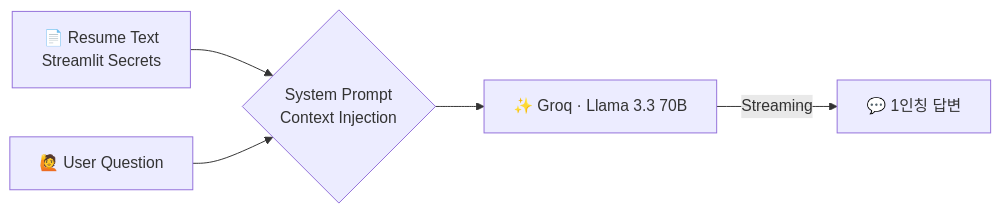
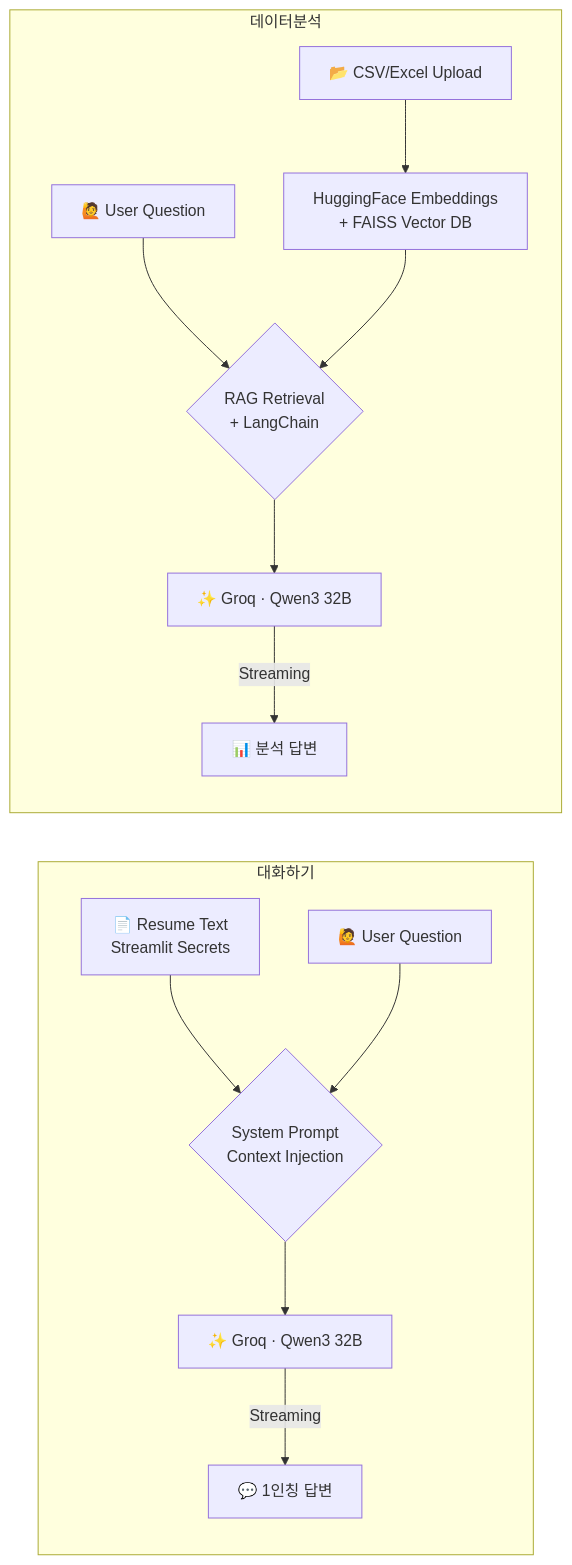
Before and after one commit to jisangfolio/jisangfolio: the diagram in README.md, drawn with Mermaid. The commit also changed other lines of this file and 1 other file, not shown here.

Commit message:
update model and diagram

````diff
--- a/README.md
+++ b/README.md
@@ -39,7 +45,17 @@
 ```mermaid
 graph LR
-    A[📄 Resume Text\nStreamlit Secrets] --> B{System Prompt\nContext Injection}
-    C[🙋 User Question] --> B
-    B --> D[✨ Groq · Llama 3.3 70B]
-    D -->|Streaming| E[💬 1인칭 답변]
+    subgraph 대화하기
+        A[📄 Resume Text\nStreamlit Secrets] --> B{System Prompt\nContext Injection}
+        C[🙋 User Question] --> B
+        B --> D[✨ Groq · Qwen3 32B]
+        D -->|Streaming| E[💬 1인칭 답변]
+    end
+
+    subgraph 데이터분석
+        F[📂 CSV/Excel Upload] --> G[HuggingFace Embeddings\n+ FAISS Vector DB]
+        H[🙋 User Question] --> I{RAG Retrieval\n+ LangChain}
+        G --> I
+        I --> J[✨ Groq · Qwen3 32B]
+        J -->|Streaming| K[📊 분석 답변]
+    end
 ```
````
